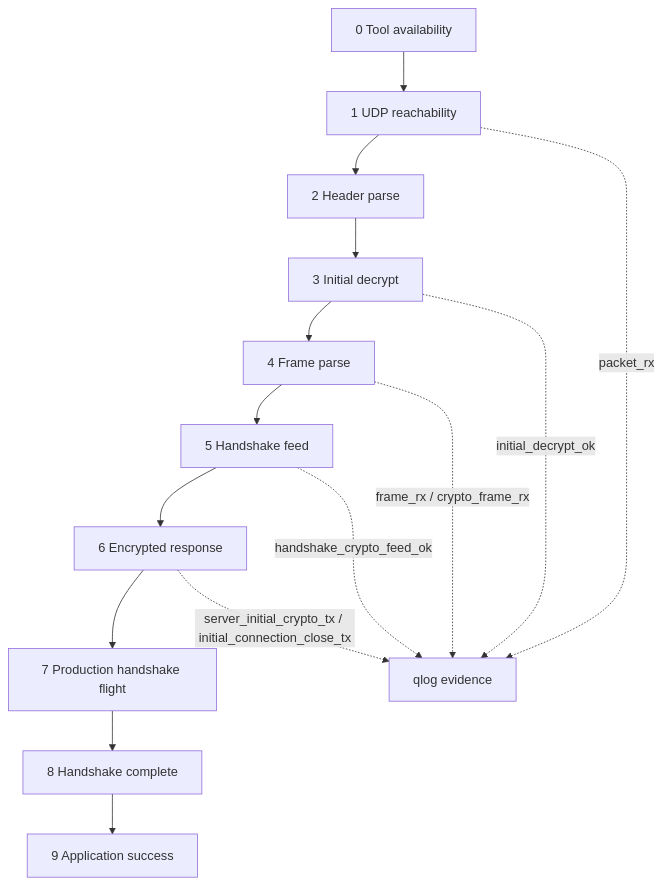
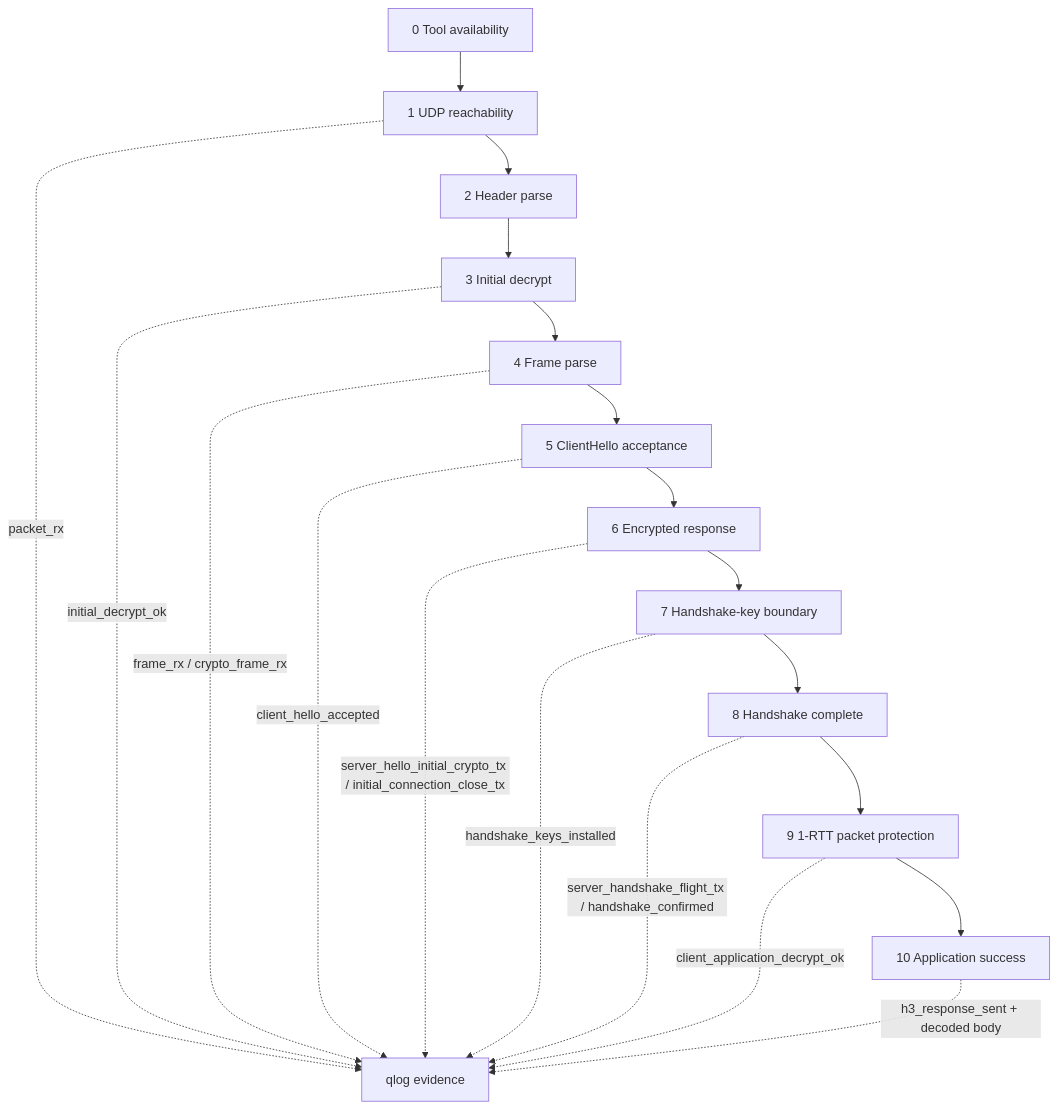
Before and after one commit to GhostKellz/zquic: the first of 3 diagrams in docs/interop/methodology.md, drawn with Mermaid. The commit also changed other lines of this file and 69 other files, not shown here.

````diff
--- a/docs/interop/methodology.md
+++ b/docs/interop/methodology.md
@@ -28,18 +35,23 @@
 ```mermaid
 flowchart TD
     L0["0 Tool availability"] --> L1["1 UDP reachability"]
     L1 --> L2["2 Header parse"]
     L2 --> L3["3 Initial decrypt"]
     L3 --> L4["4 Frame parse"]
-    L4 --> L5["5 Handshake feed"]
+    L4 --> L5["5 ClientHello acceptance"]
     L5 --> L6["6 Encrypted response"]
-    L6 --> L7["7 Production handshake flight"]
+    L6 --> L7["7 Handshake-key boundary"]
     L7 --> L8["8 Handshake complete"]
-    L8 --> L9["9 Application success"]
+    L8 --> L9["9 1-RTT packet protection"]
+    L9 --> L10["10 Application success"]
 
     L1 -. "packet_rx" .-> E1["qlog evidence"]
     L3 -. "initial_decrypt_ok" .-> E1
     L4 -. "frame_rx / crypto_frame_rx" .-> E1
-    L5 -. "handshake_crypto_feed_ok" .-> E1
-    L6 -. "server_initial_crypto_tx / initial_connection_close_tx" .-> E1
+    L5 -. "client_hello_accepted" .-> E1
+    L6 -. "server_hello_initial_crypto_tx / initial_connection_close_tx" .-> E1
+    L7 -. "handshake_keys_installed" .-> E1
+    L8 -. "server_handshake_flight_tx / handshake_confirmed" .-> E1
+    L9 -. "client_application_decrypt_ok" .-> E1
+    L10 -. "h3_response_sent + decoded body" .-> E1
 ```
````
